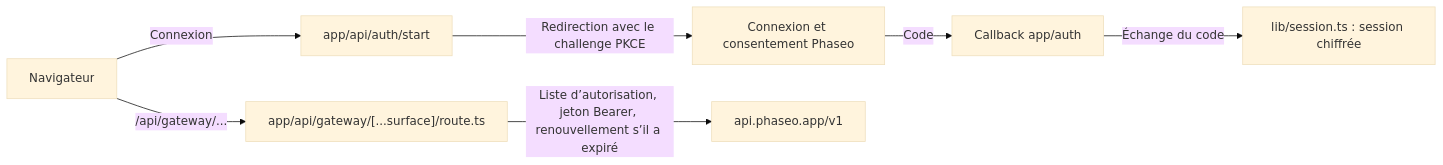
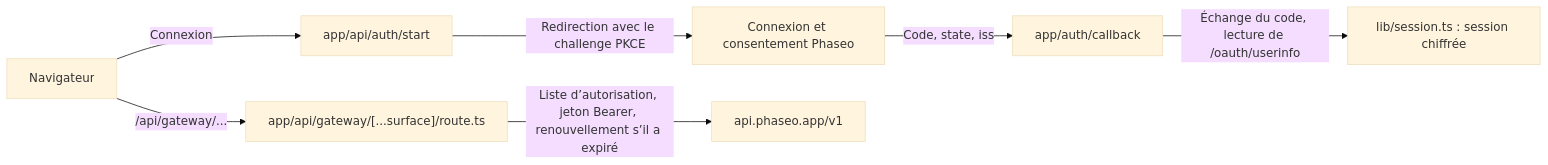
One commit to phaseoteam/Phaseo changed the diagram in apps/docs/fr/v1/cookbook/build-an-oauth-nextjs-workbench.mdx. Above: the diagram before and after it, drawn with Mermaid (base theme). The commit also changed other lines of this file and 9 other files, not shown here.

````diff
--- a/apps/docs/fr/v1/cookbook/build-an-oauth-nextjs-workbench.mdx
+++ b/apps/docs/fr/v1/cookbook/build-an-oauth-nextjs-workbench.mdx
@@ -45,9 +45,9 @@
 ```mermaid
 flowchart LR
   browser["Navigateur"] -->|"Connexion"| start["app/api/auth/start"]
   start -->|"Redirection avec le challenge PKCE"| authz["Connexion et consentement Phaseo"]
-  authz -->|"Code"| cb["Callback app/auth"]
-  cb -->|"Échange du code"| sess["lib/session.ts : session chiffrée"]
+  authz -->|"Code, state, iss"| cb["app/auth/callback"]
+  cb -->|"Échange du code, lecture de /oauth/userinfo"| sess["lib/session.ts : session chiffrée"]
   browser -->|"/api/gateway/..."| proxy["app/api/gateway/[...surface]/route.ts"]
   proxy -->|"Liste d’autorisation, jeton Bearer, renouvellement s’il a expiré"| gw["api.phaseo.app/v1"]
 ```
````
